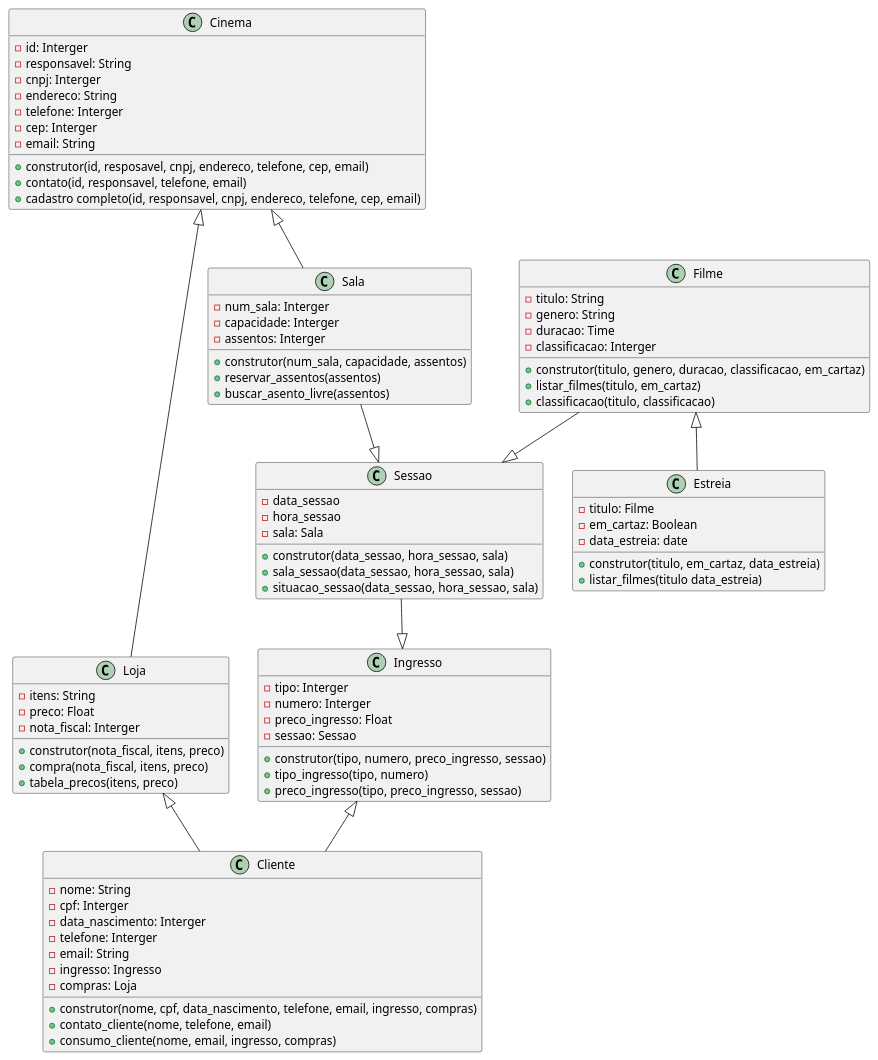
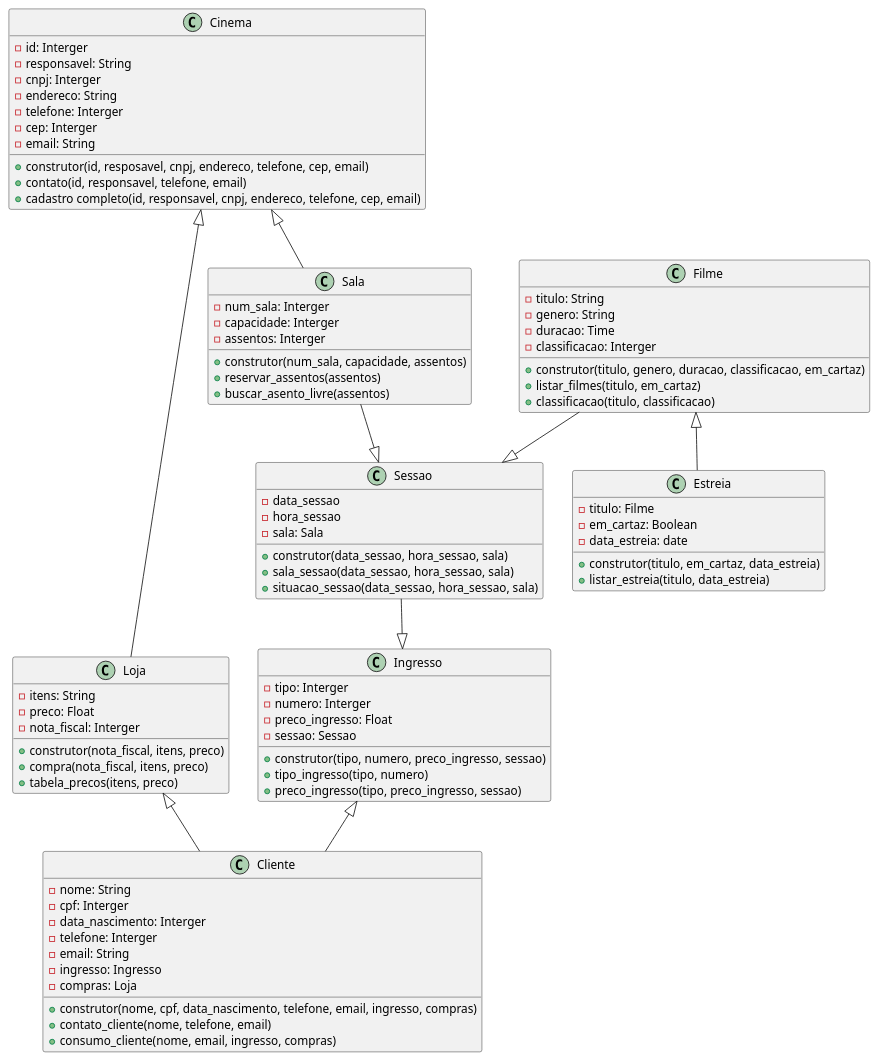
One commit to anleaes/2023-1-N1-POO-01 changed the diagram in cinema_grupo1.plantuml. Above: the diagram before and after it, drawn with PlantUML.

```diff
--- a/cinema_grupo1.plantuml
+++ b/cinema_grupo1.plantuml
@@ -1,92 +1,92 @@
 @startuml Diagrama Herança Cinema - Grupo 1
 
 class Cinema {
     - id: Interger
     - responsavel: String
     - cnpj: Interger 
     - endereco: String
     - telefone: Interger
     - cep: Interger
     - email: String
     + construtor(id, resposavel, cnpj, endereco, telefone, cep, email)
     + contato(id, responsavel, telefone, email)
     + cadastro completo(id, responsavel, cnpj, endereco, telefone, cep, email)
 }
 
 class Sala{
     - num_sala: Interger
     - capacidade: Interger
     - assentos: Interger
     + construtor(num_sala, capacidade, assentos)
     + reservar_assentos(assentos)
     + buscar_asento_livre(assentos)
 }
 
 class Sessao{
     - data_sessao
     - hora_sessao
     - sala: Sala
     + construtor(data_sessao, hora_sessao, sala)
     + sala_sessao(data_sessao, hora_sessao, sala)
     + situacao_sessao(data_sessao, hora_sessao, sala)      
 }
 
 class Loja{
     - itens: String
     - preco: Float
     - nota_fiscal: Interger
     + construtor(nota_fiscal, itens, preco)
     + compra(nota_fiscal, itens, preco)
     + tabela_precos(itens, preco)
 }
 
 class Ingresso{
     - tipo: Interger
     - numero: Interger
     - preco_ingresso: Float
     - sessao: Sessao
     + construtor(tipo, numero, preco_ingresso, sessao)
     + tipo_ingresso(tipo, numero)
     + preco_ingresso(tipo, preco_ingresso, sessao)
 }
 
 class Cliente{
     - nome: String
     - cpf: Interger
     - data_nascimento: Interger
     - telefone: Interger
     - email: String
     - ingresso: Ingresso
     - compras: Loja
     + construtor(nome, cpf, data_nascimento, telefone, email, ingresso, compras)
     + contato_cliente(nome, telefone, email)
     + consumo_cliente(nome, email, ingresso, compras)    
 }
 
 class Filme{
     - titulo: String
     - genero: String
     - duracao: Time
     - classificacao: Interger
     + construtor(titulo, genero, duracao, classificacao, em_cartaz)
     + listar_filmes(titulo, em_cartaz)
     + classificacao(titulo, classificacao)
 }
 
 class Estreia {
     - titulo: Filme
     - em_cartaz: Boolean
     - data_estreia: date
     + construtor(titulo, em_cartaz, data_estreia)
-    + listar_filmes(titulo data_estreia)
+    + listar_estreia(titulo, data_estreia)
 }
 
 Cinema <|-- Sala
 Sala --|> Sessao
 Filme --|> Sessao
 Filme <|-- Estreia
 Ingresso <|-- Cliente
 Cinema <|-- Loja
 Loja <|-- Cliente
 Sessao --|> Ingresso
 @enduml
```
